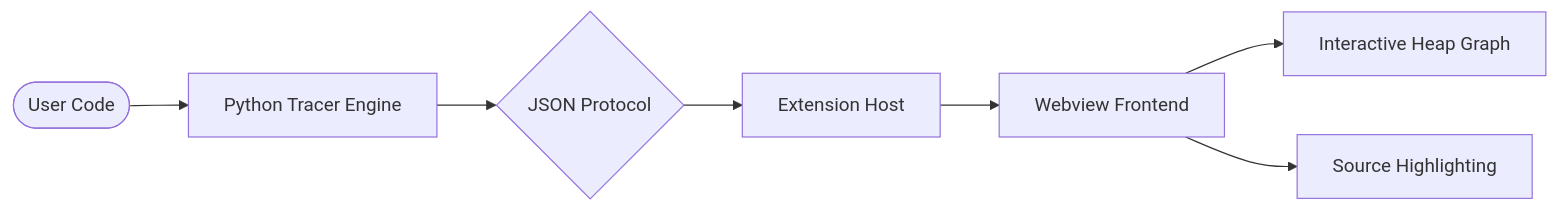
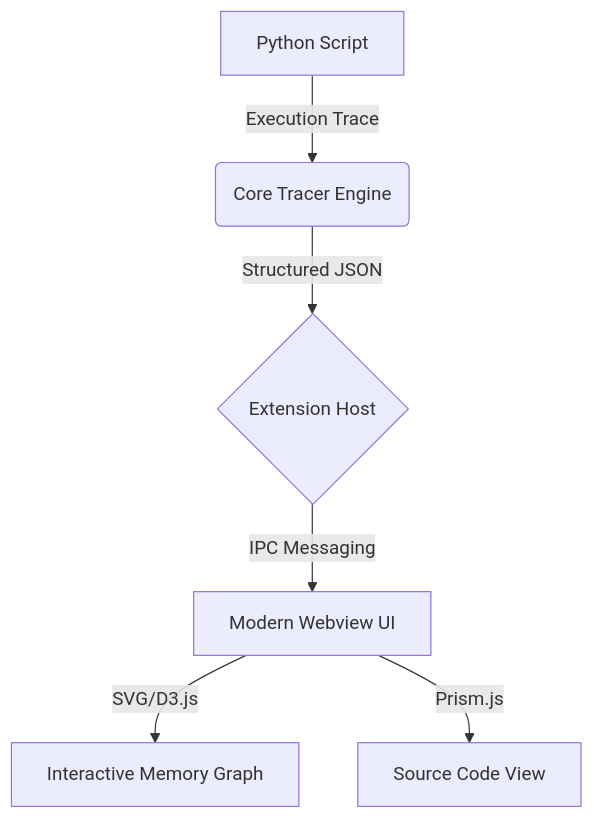
The diagram in README.md (MaheshGachale/Python_visualization_Extension), drawn with Mermaid before and after one commit. The commit also changed other lines of this file, not shown here.

````diff
--- a/README.md
+++ b/README.md
@@ -89,9 +103,8 @@
 ```mermaid
-graph LR
-    User([User Code]) --> Tracer[Python Tracer Engine]
-    Tracer --> Protocol{JSON Protocol}
-    Protocol --> Host[Extension Host]
-    Host --> UI[Webview Frontend]
-    UI --> Graph[Interactive Heap Graph]
-    UI --> Editor[Source Highlighting]
+graph TD
+    A[Python Script] -->|Execution Trace| B(Core Tracer Engine)
+    B -->|Structured JSON| C{Extension Host}
+    C -->|IPC Messaging| D[Modern Webview UI]
+    D -->|SVG/D3.js| E[Interactive Memory Graph]
+    D -->|Prism.js| F[Source Code View]
 ```
````
